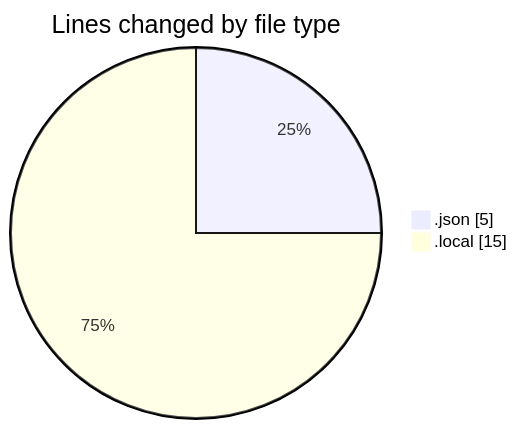
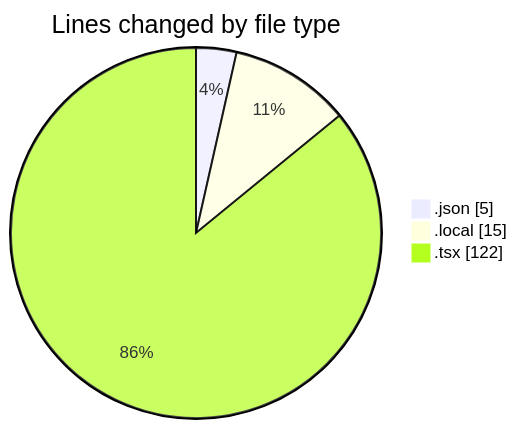
The first of 2 diagrams in 2025-11-05/eventscop-frontend-guide__workspace_/README.md (julien-gomy/code-tracking), drawn with Mermaid before and after one commit. The commit also changed other lines of this file and 1 other file, not shown here.

````diff
--- a/2025-11-05/eventscop-frontend-guide__workspace_/README.md
+++ b/2025-11-05/eventscop-frontend-guide__workspace_/README.md
@@ -21,6 +22,7 @@
 ```mermaid
 pie showData
 title Lines changed by file type
 ".json" : 5
 ".local" : 15
+".tsx" : 122
 ```
````
